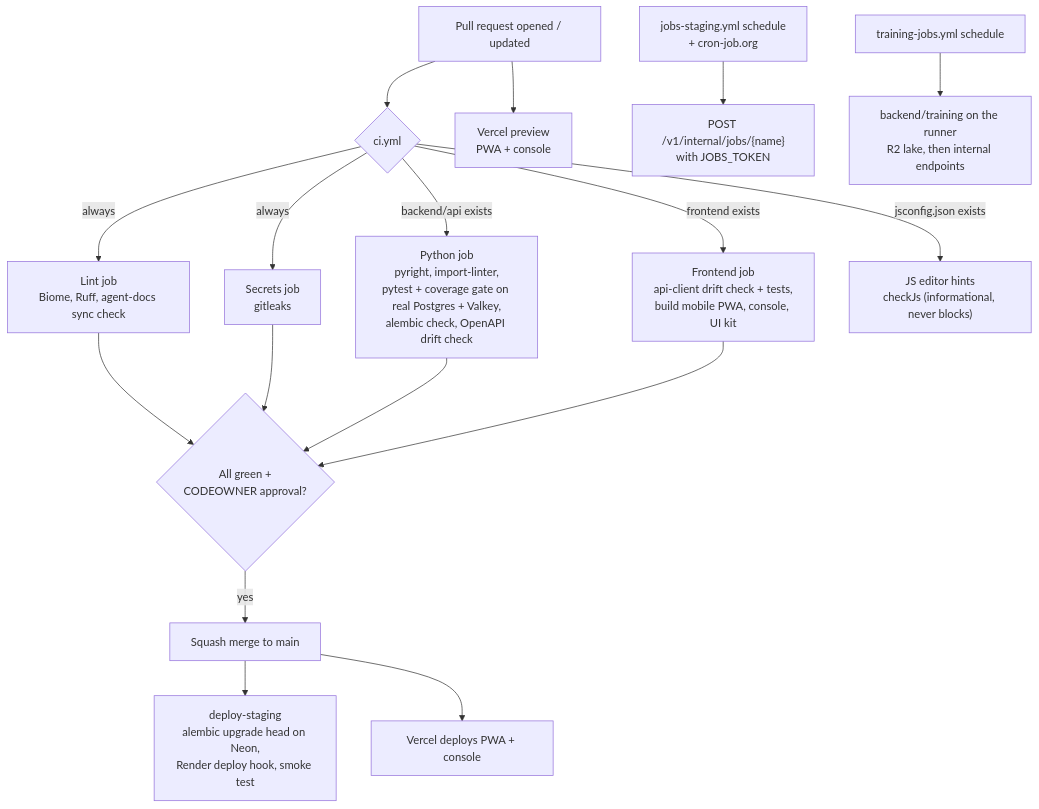
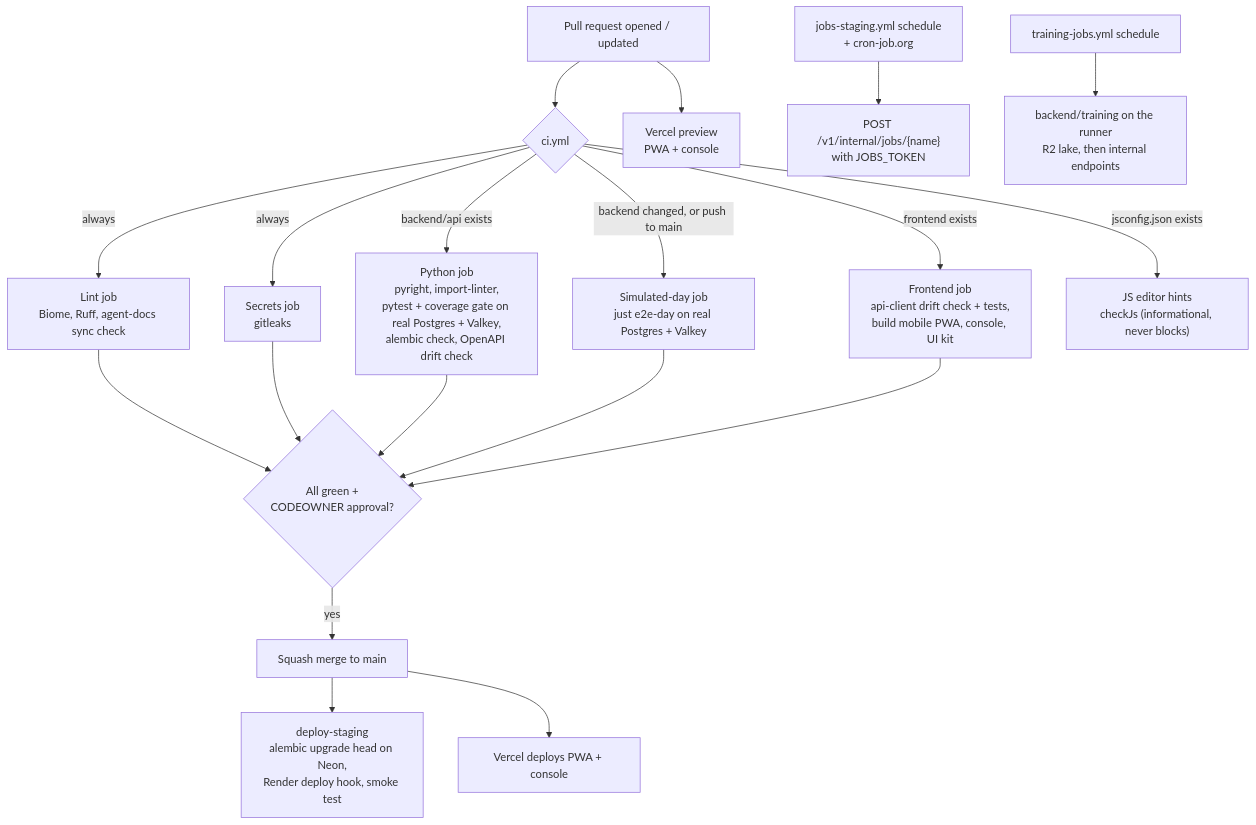
The second of 3 diagrams in docs/handbook/11-engineering-process.md (prelekar7/GharBasket), drawn with Mermaid before and after one commit. The commit also changed other lines of this file and 1 other file, not shown here.

Commit message:
ci: run the simulated day in CI
A new e2e-day job in ci.yml runs the backend end-to-end suite (just e2e-day) on every push to
main and on pull requests that touch backend/, e2e/backend/, data/, infra/postgres/, the
lockfile or ci.yml. Real Postgres (PostGIS image) and Valkey service containers, ML service
down, no object storage.

````diff
--- a/docs/handbook/11-engineering-process.md
+++ b/docs/handbook/11-engineering-process.md
@@ -115,19 +115,21 @@
 ```mermaid
 flowchart TD
     PR["Pull request opened / updated"] --> CI{"ci.yml"}
     CI -->|always| LINT["Lint job<br/>Biome, Ruff, agent-docs sync check"]
     CI -->|always| SEC["Secrets job<br/>gitleaks"]
     CI -->|"backend/api exists"| PY["Python job<br/>pyright, import-linter,<br/>pytest + coverage gate on real Postgres + Valkey,<br/>alembic check, OpenAPI drift check"]
+    CI -->|"backend changed, or push to main"| E2E["Simulated-day job<br/>just e2e-day on real Postgres + Valkey"]
     CI -->|"frontend exists"| FE["Frontend job<br/>api-client drift check + tests,<br/>build mobile PWA, console, UI kit"]
     CI -->|"jsconfig.json exists"| HINT["JS editor hints<br/>checkJs (informational, never blocks)"]
     PR --> VP["Vercel preview<br/>PWA + console"]
     LINT --> OK{"All green +<br/>CODEOWNER approval?"}
     SEC --> OK
     PY --> OK
+    E2E --> OK
     FE --> OK
     OK -->|yes| MG["Squash merge to main"]
     MG --> STG["deploy-staging<br/>alembic upgrade head on Neon,<br/>Render deploy hook, smoke test"]
     MG --> VD["Vercel deploys PWA + console"]
     SCH["jobs-staging.yml schedule<br/>+ cron-job.org"] --> JOB["POST /v1/internal/jobs/{name}<br/>with JOBS_TOKEN"]
     TRN["training-jobs.yml schedule"] --> TRJ["backend/training on the runner<br/>R2 lake, then internal endpoints"]
 ```
````
